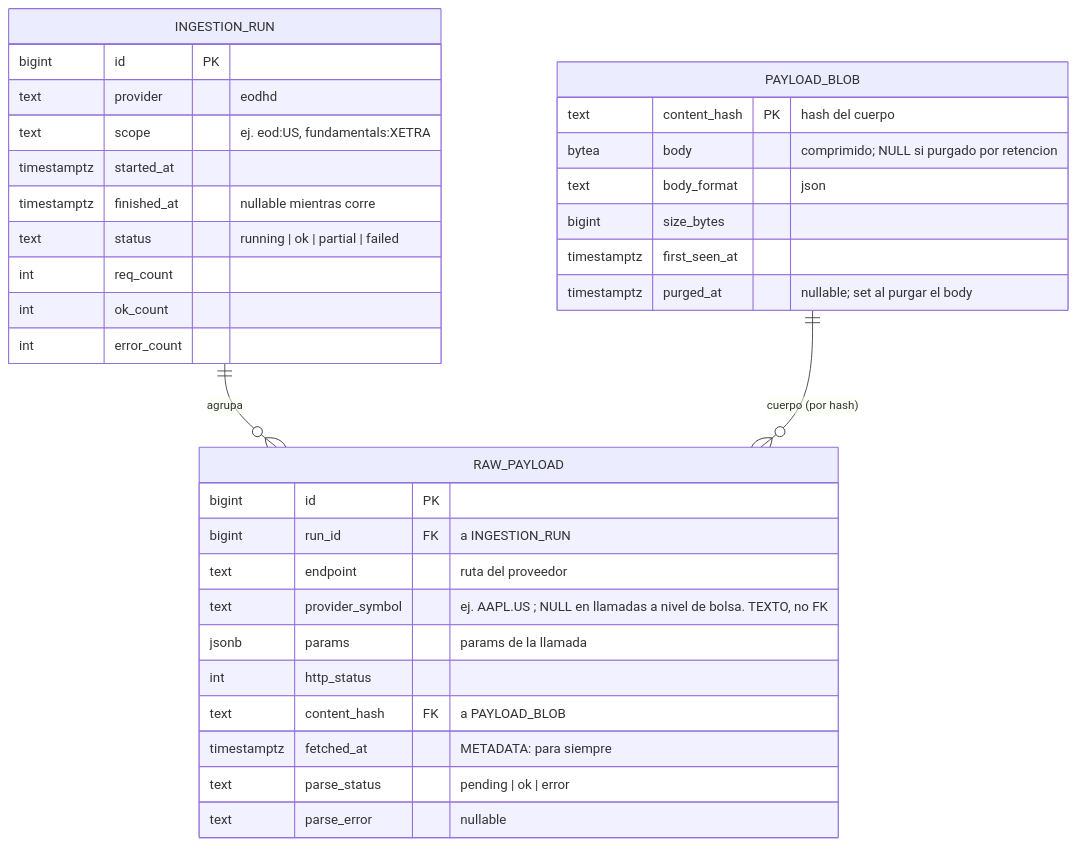
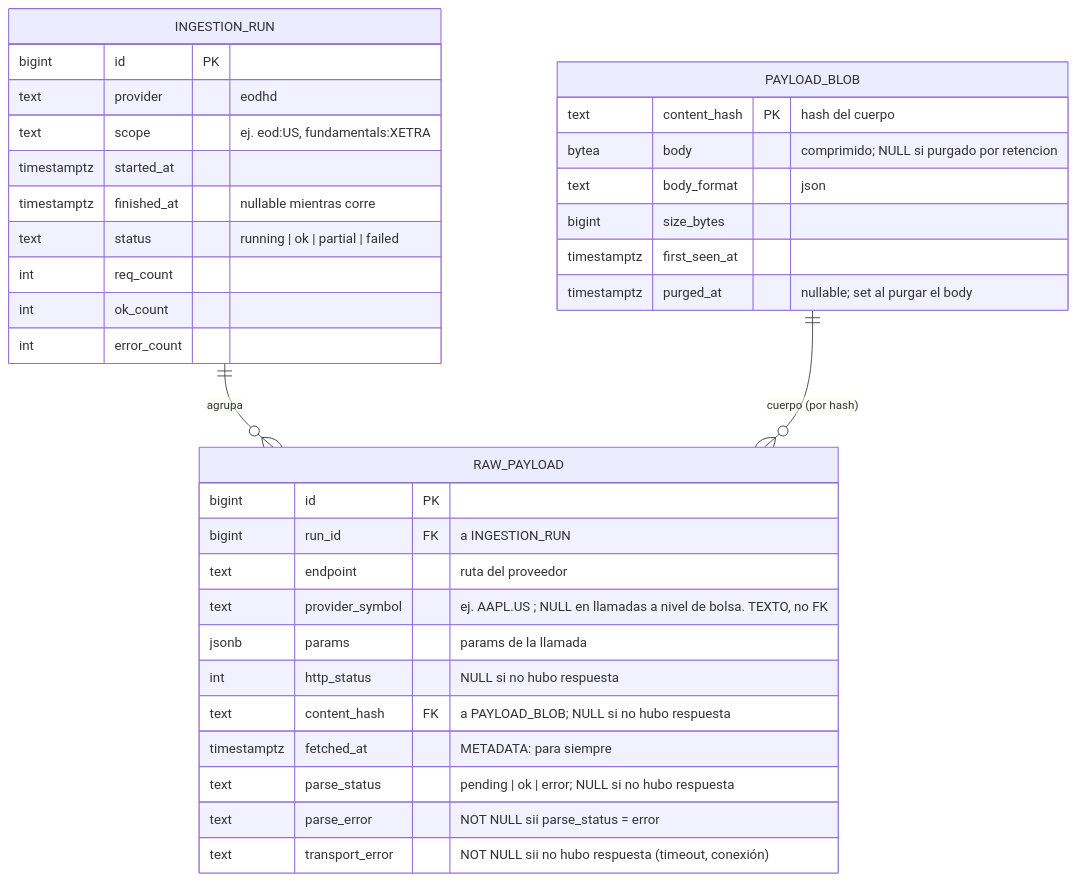
The diagram in docs/modelo/modelo-entidades-ingesta.md (DavidPayan8/second-hero-data), drawn with Mermaid before and after one commit. The commit also changed 6 other files, not shown here.

First line of the commit message:
Modelo: mapa de etiquetas de US a MIC (P9), llamadas sin respuesta en raw_payload, FK compuesta sector/industria en lugar de T3

````diff
--- a/docs/modelo/modelo-entidades-ingesta.md
+++ b/docs/modelo/modelo-entidades-ingesta.md
@@ -5,39 +5,40 @@
 ```mermaid
 erDiagram
   INGESTION_RUN ||--o{ RAW_PAYLOAD : agrupa
   PAYLOAD_BLOB ||--o{ RAW_PAYLOAD : "cuerpo (por hash)"
 
   INGESTION_RUN {
     bigint id PK
     text provider "eodhd"
     text scope "ej. eod:US, fundamentals:XETRA"
     timestamptz started_at
     timestamptz finished_at "nullable mientras corre"
     text status "running | ok | partial | failed"
     int req_count
     int ok_count
     int error_count
   }
 
   RAW_PAYLOAD {
     bigint id PK
     bigint run_id FK "a INGESTION_RUN"
     text endpoint "ruta del proveedor"
     text provider_symbol "ej. AAPL.US ; NULL en llamadas a nivel de bolsa. TEXTO, no FK"
     jsonb params "params de la llamada"
-    int http_status
-    text content_hash FK "a PAYLOAD_BLOB"
+    int http_status "NULL si no hubo respuesta"
+    text content_hash FK "a PAYLOAD_BLOB; NULL si no hubo respuesta"
     timestamptz fetched_at "METADATA: para siempre"
-    text parse_status "pending | ok | error"
-    text parse_error "nullable"
+    text parse_status "pending | ok | error; NULL si no hubo respuesta"
+    text parse_error "NOT NULL sii parse_status = error"
+    text transport_error "NOT NULL sii no hubo respuesta (timeout, conexión)"
   }
 
   PAYLOAD_BLOB {
     text content_hash PK "hash del cuerpo"
     bytea body "comprimido; NULL si purgado por retencion"
     text body_format "json"
     bigint size_bytes
     timestamptz first_seen_at
     timestamptz purged_at "nullable; set al purgar el body"
   }
 ```
````
